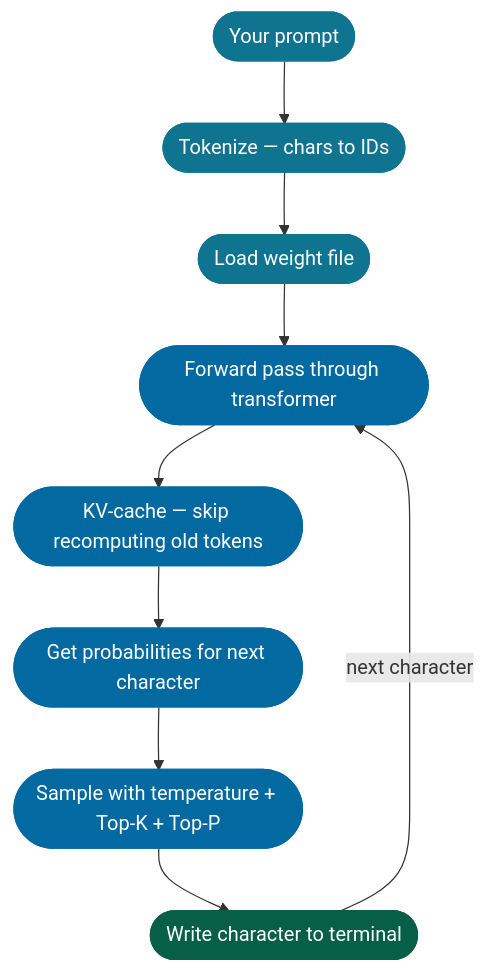
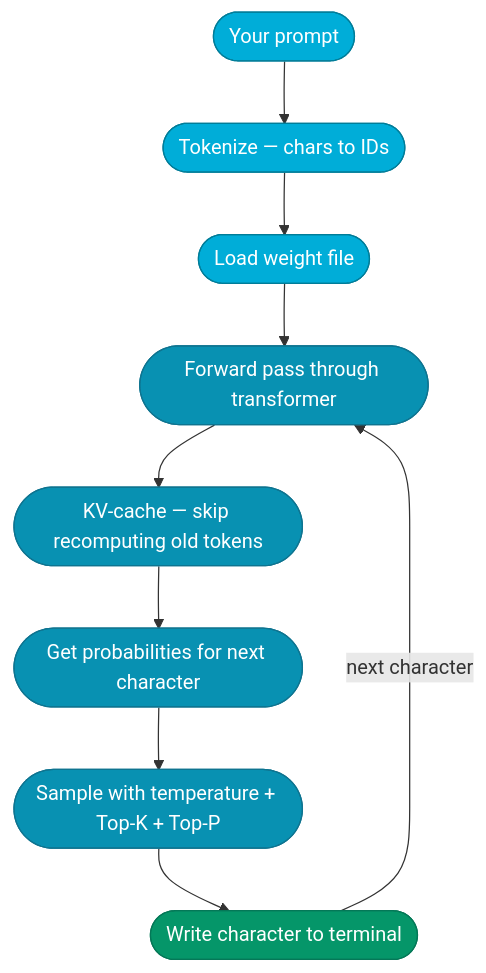
Before and after one commit to nkosikhumalo/LLM: the third of 4 diagrams in README.md, drawn with Mermaid. The commit also changed other lines of this file, not shown here.

````diff
--- a/README.md
+++ b/README.md
@@ -152,20 +152,20 @@
 ```mermaid
 flowchart TB
     A([Your prompt]) --> B([Tokenize — chars to IDs])
     B --> C([Load weight file])
     C --> D([Forward pass through transformer])
     D --> E([KV-cache — skip recomputing old tokens])
     E --> F([Get probabilities for next character])
     F --> G([Sample with temperature + Top-K + Top-P])
     G --> H([Write character to terminal])
     H -->|next character| D
 
-    style A fill:#0e7490,color:#fff,stroke:#0e7490
-    style B fill:#0e7490,color:#fff,stroke:#0e7490
-    style C fill:#0e7490,color:#fff,stroke:#0e7490
-    style D fill:#0369a1,color:#fff,stroke:#0369a1
-    style E fill:#0369a1,color:#fff,stroke:#0369a1
-    style F fill:#0369a1,color:#fff,stroke:#0369a1
-    style G fill:#0369a1,color:#fff,stroke:#0369a1
-    style H fill:#065f46,color:#fff,stroke:#065f46
+    style A fill:#00ADD8,color:#ffffff,stroke:#007d99
+    style B fill:#00ADD8,color:#ffffff,stroke:#007d99
+    style C fill:#00ADD8,color:#ffffff,stroke:#007d99
+    style D fill:#0891b2,color:#ffffff,stroke:#0e7490
+    style E fill:#0891b2,color:#ffffff,stroke:#0e7490
+    style F fill:#0891b2,color:#ffffff,stroke:#0e7490
+    style G fill:#0891b2,color:#ffffff,stroke:#0e7490
+    style H fill:#059669,color:#ffffff,stroke:#047857
 ```
````
